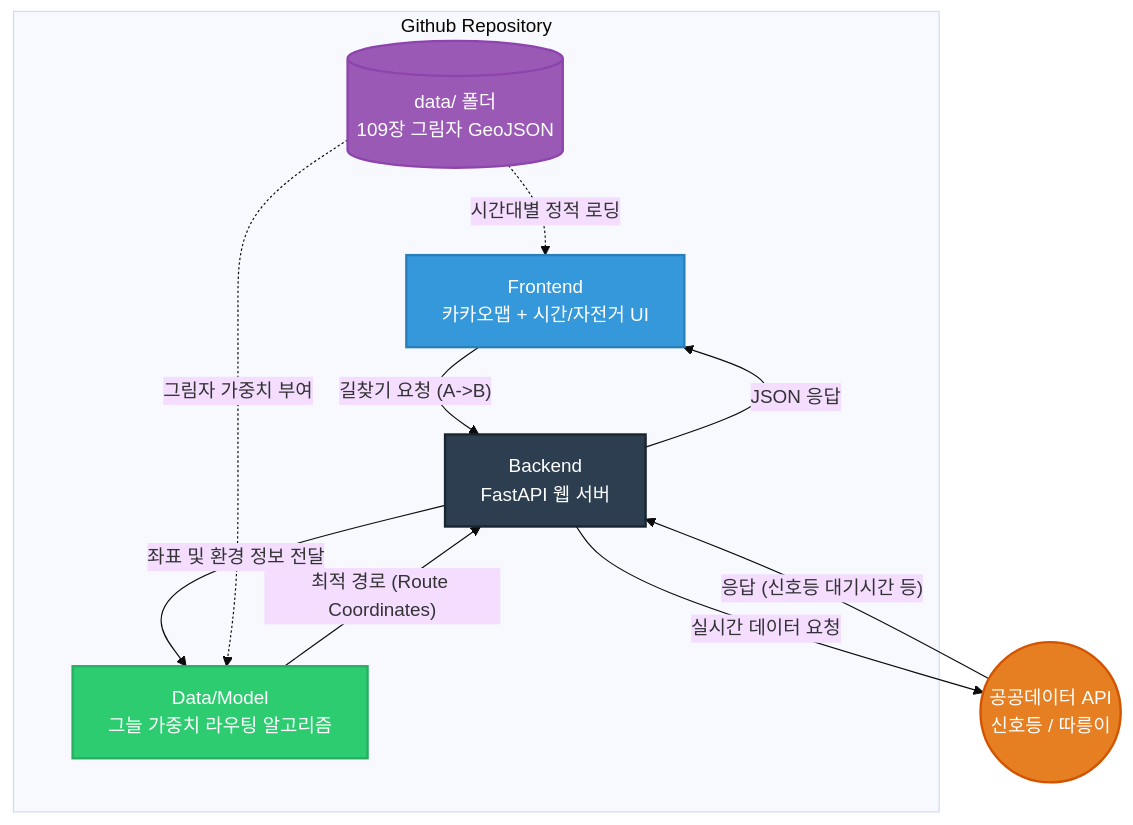
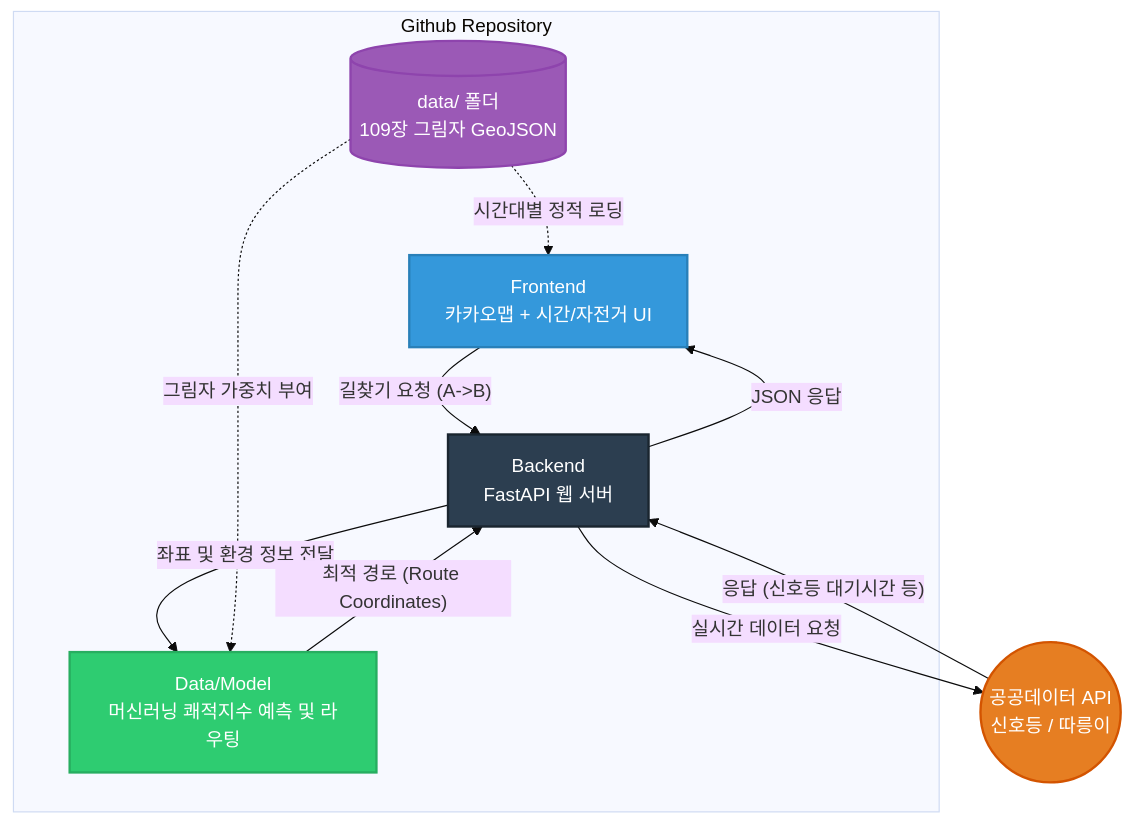
One commit to msjoon0811/shadow-nav changed the diagram in README.md. Above: the diagram before and after it, drawn with Mermaid (base theme). The commit also changed other lines of this file, not shown here.

Commit message:
docs: explicitly add Machine Learning model to architecture

````diff
--- a/README.md
+++ b/README.md
@@ -21,29 +21,29 @@
 ```mermaid
 graph TD
     %% Styling
     classDef frontend fill:#3498db,stroke:#2980b9,stroke-width:2px,color:#fff;
     classDef precalc fill:#9b59b6,stroke:#8e44ad,stroke-width:2px,color:#fff;
     classDef api fill:#e67e22,stroke:#d35400,stroke-width:2px,color:#fff;
     classDef backend fill:#2c3e50,stroke:#1a252f,stroke-width:2px,color:#fff;
     classDef model fill:#2ecc71,stroke:#27ae60,stroke-width:2px,color:#fff;
 
     subgraph Github Repository
         UI[Frontend<br>카카오맵 + 시간/자전거 UI]:::frontend
         API_SERVER[Backend<br>FastAPI 웹 서버]:::backend
-        MODEL[Data/Model<br>그늘 가중치 라우팅 알고리즘]:::model
+        MODEL[Data/Model<br>머신러닝 쾌적지수 예측 및 라우팅]:::model
         DB[(data/ 폴더<br>109장 그림자 GeoJSON)]:::precalc
     end
 
     PUB_API((공공데이터 API<br>신호등 / 따릉이)):::api
 
     UI -- "길찾기 요청 (A->B)" --> API_SERVER
     API_SERVER -- "실시간 데이터 요청" --> PUB_API
     PUB_API -- "응답 (신호등 대기시간 등)" --> API_SERVER
     
     API_SERVER -- "좌표 및 환경 정보 전달" --> MODEL
     DB -. "그림자 가중치 부여" .-> MODEL
     MODEL -- "최적 경로 (Route Coordinates)" --> API_SERVER
     
     API_SERVER -- "JSON 응답" --> UI
     DB -. "시간대별 정적 로딩" .-> UI
 ```
````
